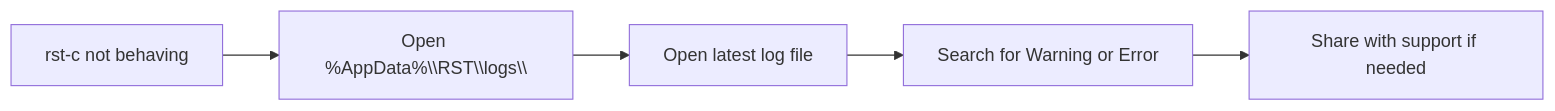
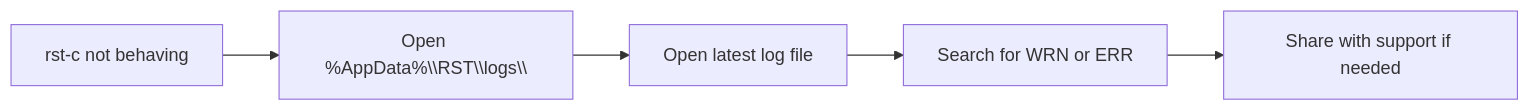
One commit to jedbjorn/rst-c changed the diagram in docs/logging.md. Above: the diagram before and after it, drawn with Mermaid. The commit also changed other lines of this file and 46 other files, not shown here.

````diff
--- a/docs/logging.md
+++ b/docs/logging.md
@@ -53,4 +62,4 @@
 ```mermaid
 graph LR
-  A["rst-c not behaving"]:::class1 --> B["Open %AppData%\\RST\\logs\\"]:::class2 --> C["Open latest log file"]:::class2 --> D["Search for Warning or Error"]:::class4 --> E["Share with support if needed"]:::class3
+  A["rst-c not behaving"]:::class1 --> B["Open %AppData%\\RST\\logs\\"]:::class2 --> C["Open latest log file"]:::class2 --> D["Search for WRN or ERR"]:::class4 --> E["Share with support if needed"]:::class3
 ```
````
